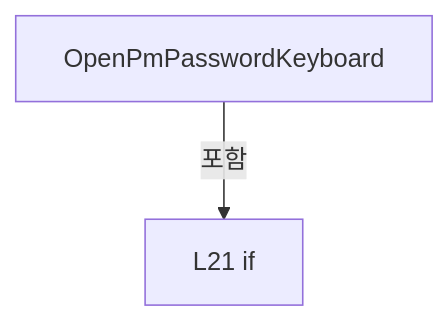
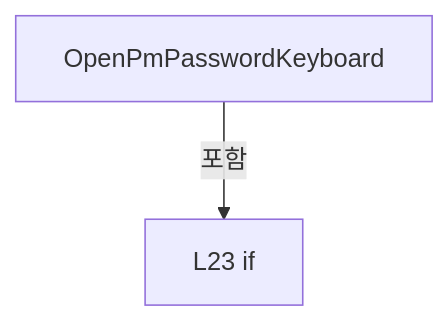
The first of 2 diagrams in A3 LD Code Ref/files/Drilling.UI/Views/CPmView.xaml.cs.md (kjuws10-rgb/Shared), drawn with Mermaid before and after one commit. The commit also changed other lines of this file and 2071 other files, not shown here.

Commit message:
docs(a3): update 11.19.0 architecture and code reference

````diff
--- a/A3 LD Code Ref/files/Drilling.UI/Views/CPmView.xaml.cs.md
+++ b/A3 LD Code Ref/files/Drilling.UI/Views/CPmView.xaml.cs.md
@@ -107,6 +127,6 @@
 ```mermaid
 flowchart TD
  M["OpenPmPasswordKeyboard"]
- N0["L21 if"]
+ N0["L23 if"]
  M -->|포함| N0
 ```
````
